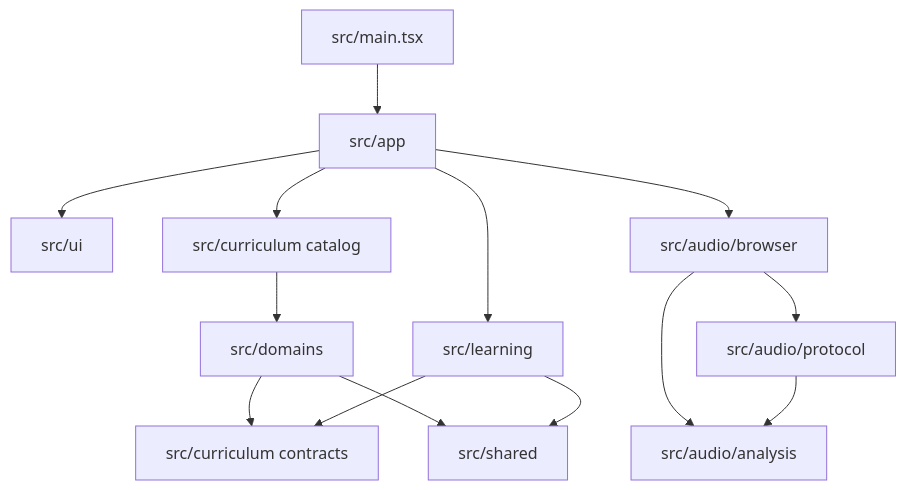
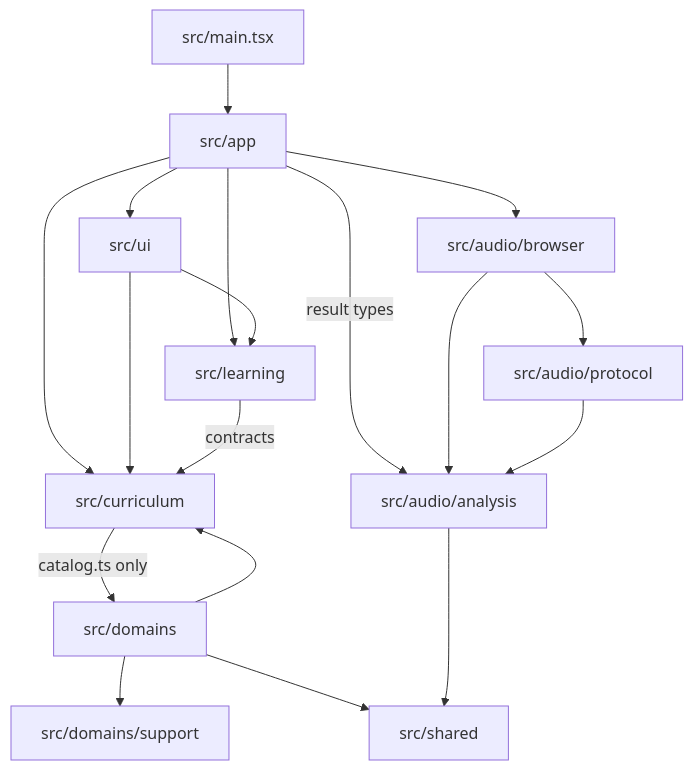
Before and after one commit to sebastianspicker/musica-mathematica: the second of 3 diagrams in docs/ARCHITECTURE.md, drawn with Mermaid. The commit also changed other lines of this file and 50 other files, not shown here.

````diff
--- a/docs/ARCHITECTURE.md
+++ b/docs/ARCHITECTURE.md
@@ -27,16 +27,20 @@
 ```mermaid
 flowchart TD
   main[src/main.tsx] --> app[src/app]
   app --> ui[src/ui]
-  app --> catalog[src/curriculum catalog]
+  app --> curriculum[src/curriculum]
   app --> learning[src/learning]
   app --> browserAudio[src/audio/browser]
-  catalog --> domains[src/domains]
-  domains --> contracts[src/curriculum contracts]
+  app -->|result types| analysis[src/audio/analysis]
+  curriculum -->|catalog.ts only| domains[src/domains]
+  domains --> curriculum
+  domains --> support[src/domains/support]
   domains --> shared[src/shared]
-  learning --> contracts
-  learning --> shared
+  ui --> curriculum
+  ui --> learning
+  learning -->|contracts| curriculum
   browserAudio --> protocol[src/audio/protocol]
-  browserAudio --> analysis[src/audio/analysis]
+  browserAudio --> analysis
   protocol --> analysis
+  analysis --> shared
 ```
````
